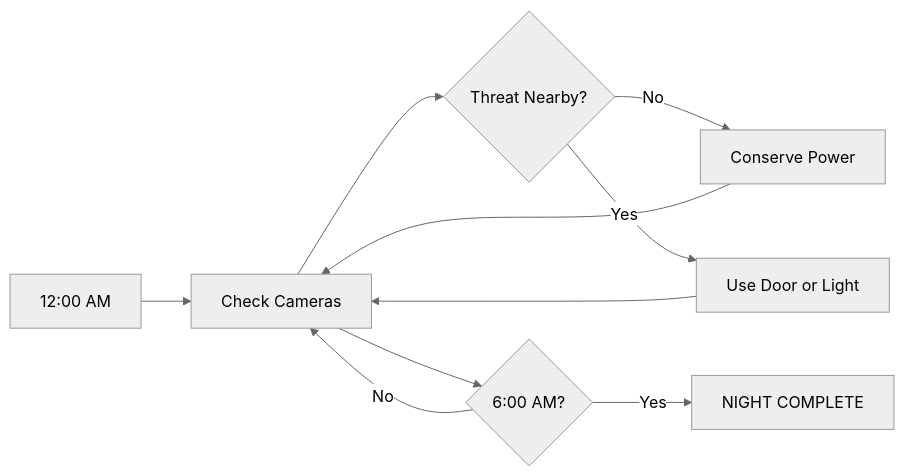
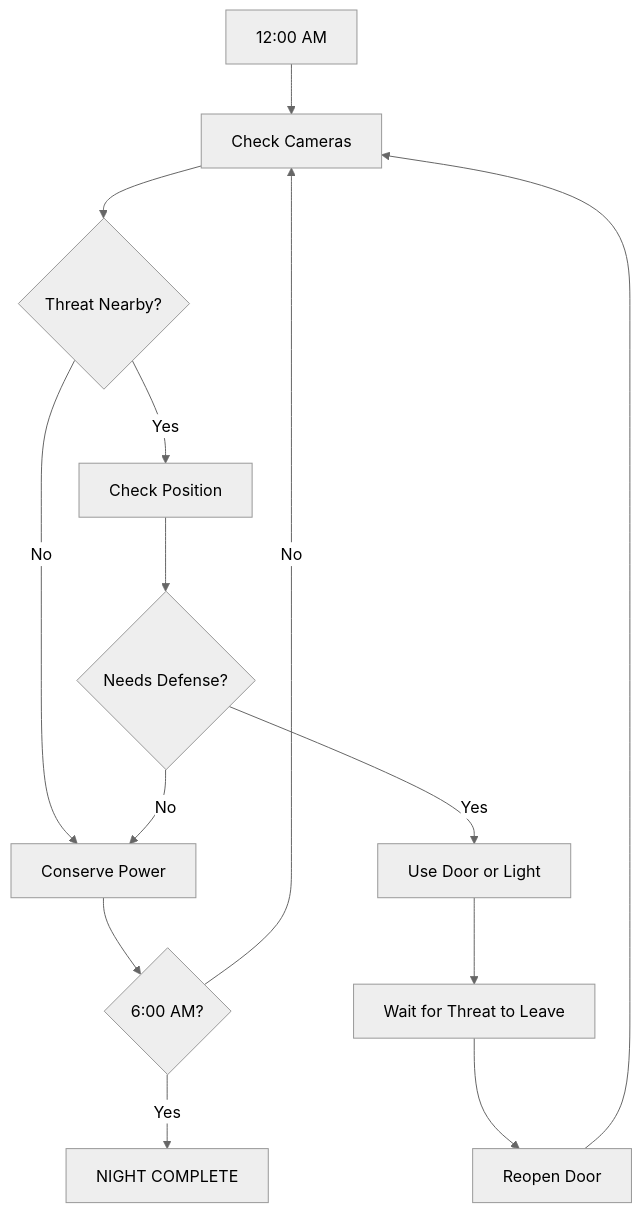
Before and after one commit to U-spe/five-nights-at-neegys: the diagram in README.md, drawn with Mermaid (neutral theme). The commit also changed other lines of this file, not shown here.

First line of the commit message:
Revise README for game night details and features

````diff
--- a/README.md
+++ b/README.md
@@ -213,16 +492,28 @@
 ```mermaid
-flowchart LR
+flowchart TD
     A[12:00 AM] --> B[Check Cameras]
+
     B --> C{Threat Nearby?}
 
     C -->|No| D[Conserve Power]
-    C -->|Yes| E[Use Door or Light]
 
-    D --> B
-    E --> B
+    C -->|Yes| E[Check Position]
 
-    B --> F{6:00 AM?}
+    E --> F{Needs Defense?}
 
-    F -->|No| B
-    F -->|Yes| G[NIGHT COMPLETE]
+    F -->|Yes| G[Use Door or Light]
+
+    F -->|No| D
+
+    G --> H[Wait for Threat to Leave]
+
+    H --> I[Reopen Door]
+
+    I --> B
+
+    D --> J{6:00 AM?}
+
+    J -->|No| B
+
+    J -->|Yes| K[NIGHT COMPLETE]
 ```
````
